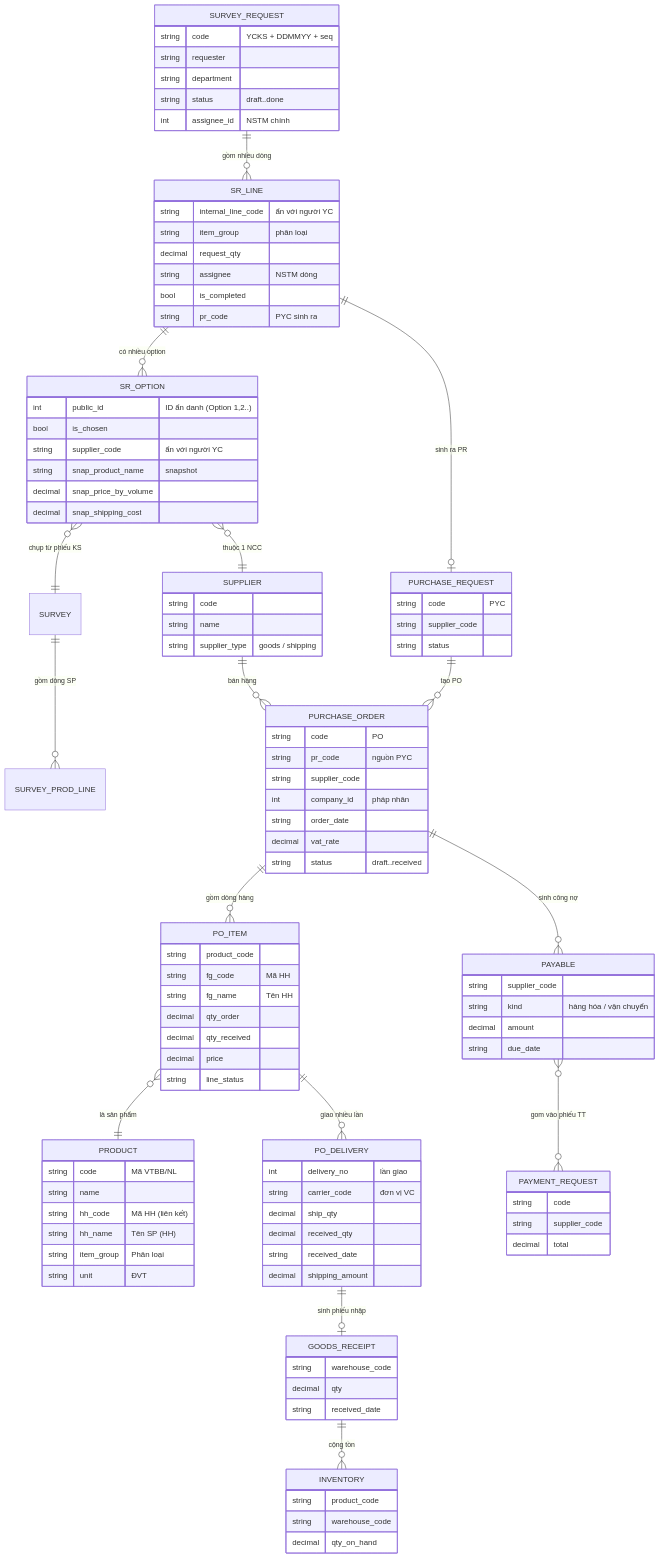
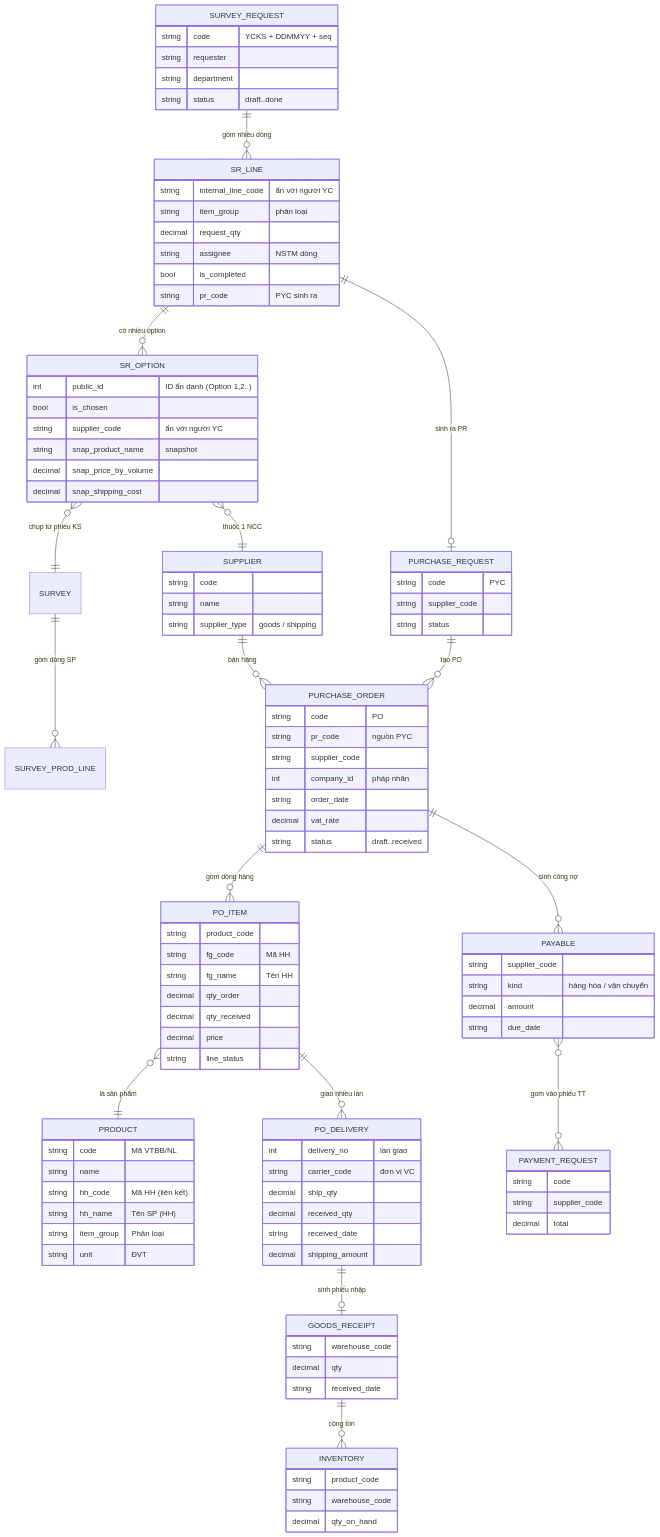
One commit to giabaohb99/procurement-tool changed the sixth of 9 diagrams in doc/tai-lieu-ky-thuat/so-do-ky-thuat.md. Above: the diagram before and after it, drawn with Mermaid. The commit also changed 14 other files, not shown here.

```diff
--- a/doc/tai-lieu-ky-thuat/so-do-ky-thuat.md
+++ b/doc/tai-lieu-ky-thuat/so-do-ky-thuat.md
@@ -170,7 +170,6 @@
         string requester
         string department
         string status "draft..done"
-        int assignee_id "NSTM chính"
     }
     SR_LINE {
         string internal_line_code "ẩn với người YC"
```
